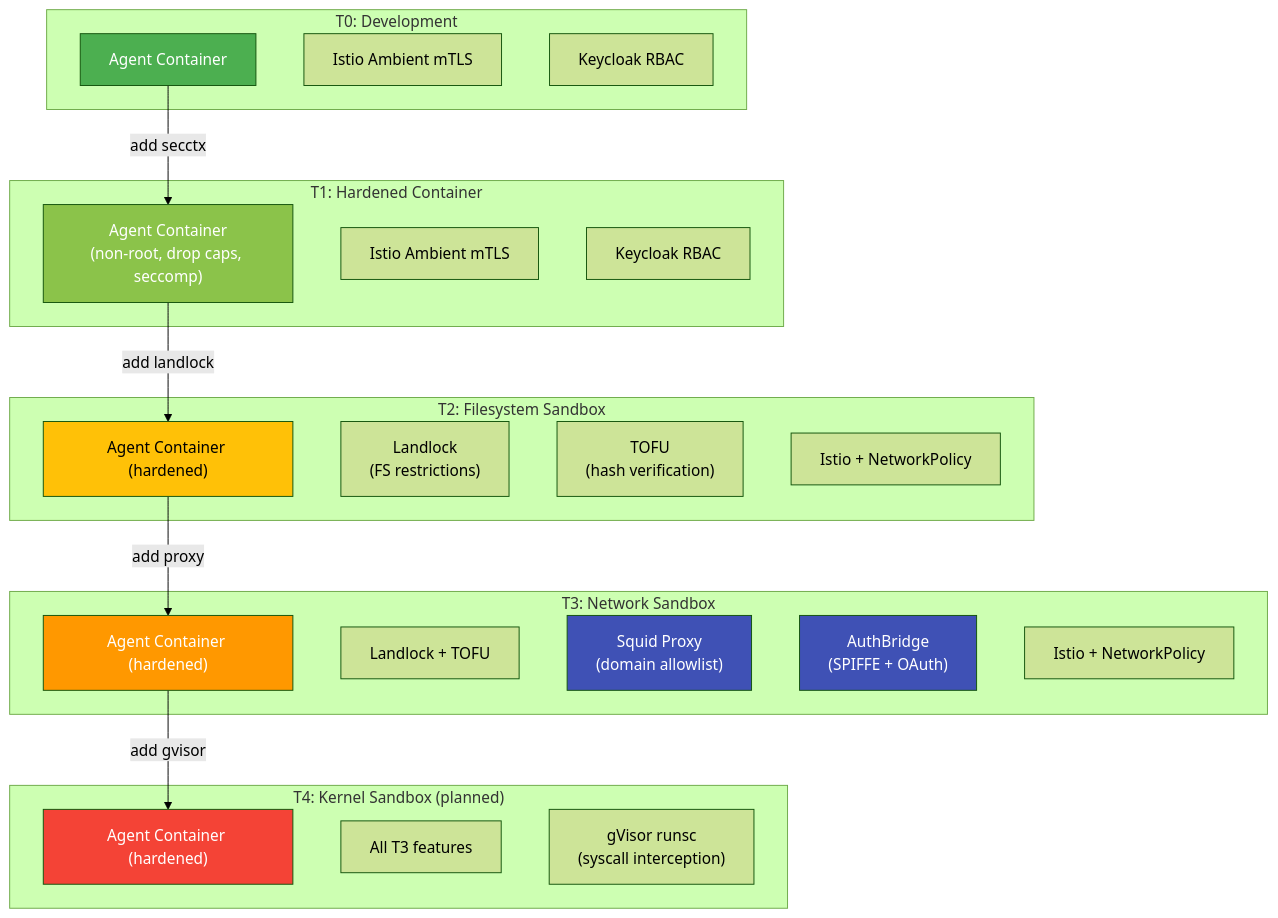
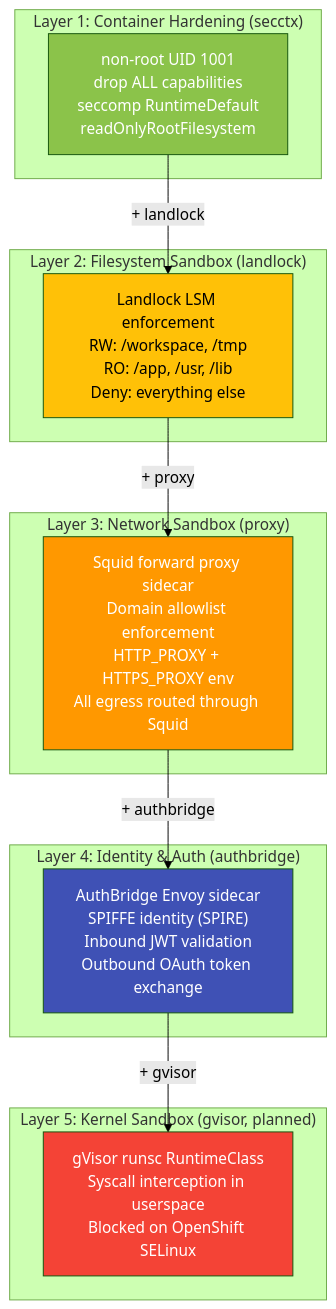
The sixth of 11 diagrams in docs/plans/2026-03-04-platform-agent-runtime-design.md (kagenti/kagenti), drawn with Mermaid (forest theme) before and after one commit. The commit also changed other lines of this file, not shown here.

````diff
--- a/docs/plans/2026-03-04-platform-agent-runtime-design.md
+++ b/docs/plans/2026-03-04-platform-agent-runtime-design.md
@@ -299,48 +305,33 @@
 ```mermaid
 graph TB
-    subgraph "T0: Development"
-        T0A["Agent Container"]
-        T0N["Istio Ambient mTLS"]
-        T0K["Keycloak RBAC"]
+    subgraph "Layer 1: Container Hardening (secctx)"
+        L1["non-root UID 1001<br/>drop ALL capabilities<br/>seccomp RuntimeDefault<br/>readOnlyRootFilesystem"]
     end
 
-    subgraph "T1: Hardened Container"
-        T1A["Agent Container<br/>(non-root, drop caps, seccomp)"]
-        T1N["Istio Ambient mTLS"]
-        T1K["Keycloak RBAC"]
+    subgraph "Layer 2: Filesystem Sandbox (landlock)"
+        L2["Landlock LSM enforcement<br/>RW: /workspace, /tmp<br/>RO: /app, /usr, /lib<br/>Deny: everything else"]
     end
 
-    subgraph "T2: Filesystem Sandbox"
-        T2A["Agent Container (hardened)"]
-        T2L["Landlock<br/>(FS restrictions)"]
-        T2T["TOFU<br/>(hash verification)"]
-        T2N["Istio + NetworkPolicy"]
+    subgraph "Layer 3: Network Sandbox (proxy)"
+        L3["Squid forward proxy sidecar<br/>Domain allowlist enforcement<br/>HTTP_PROXY + HTTPS_PROXY env<br/>All egress routed through Squid"]
     end
 
-    subgraph "T3: Network Sandbox"
-        T3A["Agent Container (hardened)"]
-        T3L["Landlock + TOFU"]
-        T3S["Squid Proxy<br/>(domain allowlist)"]
-        T3AB["AuthBridge<br/>(SPIFFE + OAuth)"]
-        T3N["Istio + NetworkPolicy"]
+    subgraph "Layer 4: Identity & Auth (authbridge)"
+        L4["AuthBridge Envoy sidecar<br/>SPIFFE identity (SPIRE)<br/>Inbound JWT validation<br/>Outbound OAuth token exchange"]
     end
 
-    subgraph "T4: Kernel Sandbox (planned)"
-        T4A["Agent Container (hardened)"]
-        T4ALL["All T3 features"]
-        T4G["gVisor runsc<br/>(syscall interception)"]
+    subgraph "Layer 5: Kernel Sandbox (gvisor, planned)"
+        L5["gVisor runsc RuntimeClass<br/>Syscall interception in userspace<br/>Blocked on OpenShift SELinux"]
     end
 
-    T0A -->|"add secctx"| T1A
-    T1A -->|"add landlock"| T2A
-    T2A -->|"add proxy"| T3A
-    T3A -->|"add gvisor"| T4A
+    L1 -->|"+ landlock"| L2
+    L2 -->|"+ proxy"| L3
+    L3 -->|"+ authbridge"| L4
+    L4 -->|"+ gvisor"| L5
 
-    style T0A fill:#4CAF50,color:white
-    style T1A fill:#8BC34A,color:white
-    style T2A fill:#FFC107,color:black
-    style T3A fill:#FF9800,color:white
-    style T4A fill:#F44336,color:white
-    style T3AB fill:#3F51B5,color:white
-    style T3S fill:#3F51B5,color:white
+    style L1 fill:#8BC34A,color:white
+    style L2 fill:#FFC107,color:black
+    style L3 fill:#FF9800,color:white
+    style L4 fill:#3F51B5,color:white
+    style L5 fill:#F44336,color:white
 ```
````
